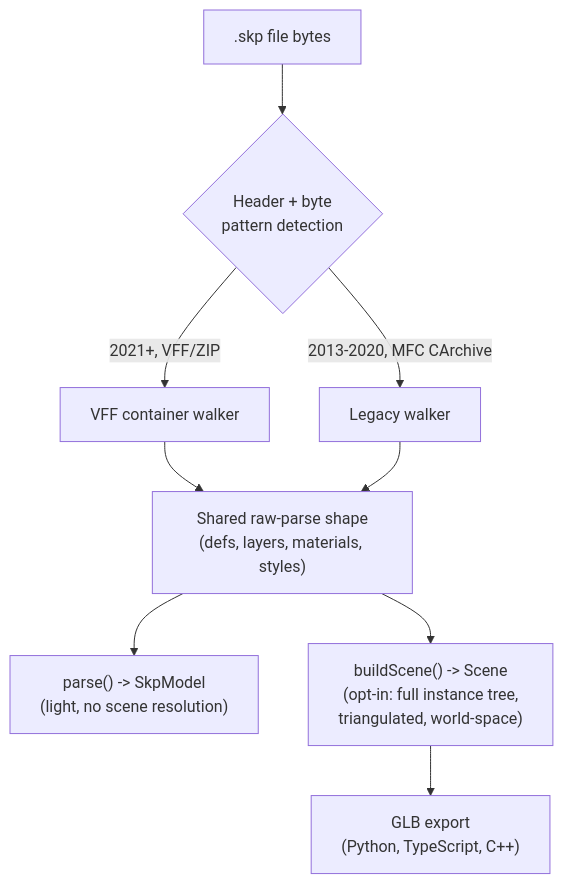
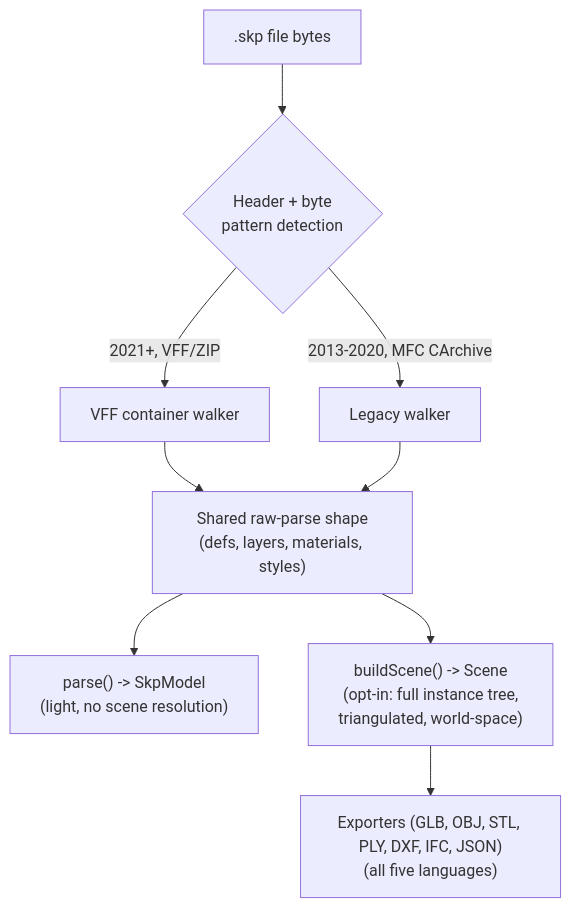
The first of 2 diagrams in docs/ARCHITECTURE.md (iamahsanmehmood/openskp), drawn with Mermaid before and after one commit. The commit also changed other lines of this file and 4 other files, not shown here.

Commit message:
docs: complete audit of export capability tables and READMEs across all 5 ports

````diff
--- a/docs/ARCHITECTURE.md
+++ b/docs/ARCHITECTURE.md
@@ -35,11 +35,11 @@
 ```mermaid
 graph TD
     A[".skp file bytes"] --> B{"Header + byte\npattern detection"}
     B -->|"2021+, VFF/ZIP"| C["VFF container walker"]
     B -->|"2013-2020, MFC CArchive"| D["Legacy walker"]
     C --> E["Shared raw-parse shape\n(defs, layers, materials, styles)"]
     D --> E
     E --> F["parse() -> SkpModel\n(light, no scene resolution)"]
     E --> G["buildScene() -> Scene\n(opt-in: full instance tree,\ntriangulated, world-space)"]
-    G --> H["GLB export\n(Python, TypeScript, C++)"]
+    G --> H["Exporters (GLB, OBJ, STL, PLY, DXF, IFC, JSON)\n(all five languages)"]
 ```
````
